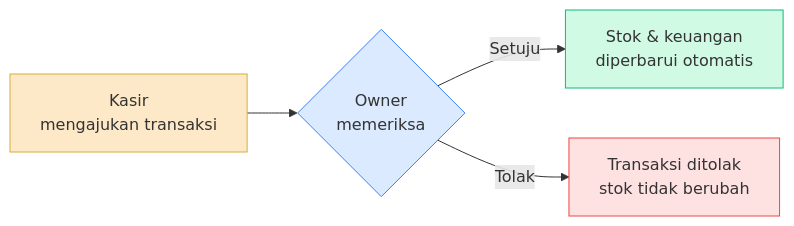
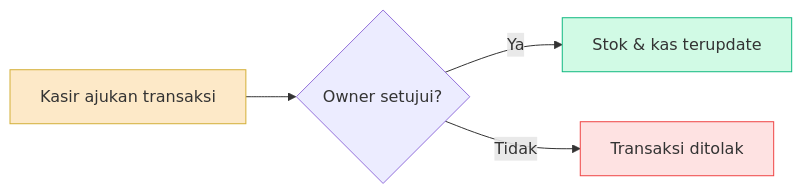
The first of 8 diagrams in MANUAL_BOOK.md (Armand96/toko_emas), drawn with Mermaid before and after one commit. The commit also changed other lines of this file and 14 other files, not shown here.

````diff
--- a/MANUAL_BOOK.md
+++ b/MANUAL_BOOK.md
@@ -60,10 +38,9 @@
 ```mermaid
 flowchart LR
-    A["Kasir<br/>mengajukan transaksi"] --> B{"Owner<br/>memeriksa"}
-    B -->|Setuju| C["Stok & keuangan<br/>diperbarui otomatis"]
-    B -->|Tolak| D["Transaksi ditolak<br/>stok tidak berubah"]
+    A[Kasir ajukan transaksi] --> B{Owner setujui?}
+    B -->|Ya| C[Stok & kas terupdate]
+    B -->|Tidak| D[Transaksi ditolak]
     style A fill:#fde9c8,stroke:#d4af37
-    style B fill:#dbeafe,stroke:#3b82f6
     style C fill:#d1fae5,stroke:#10b981
     style D fill:#fee2e2,stroke:#ef4444
 ```
````
